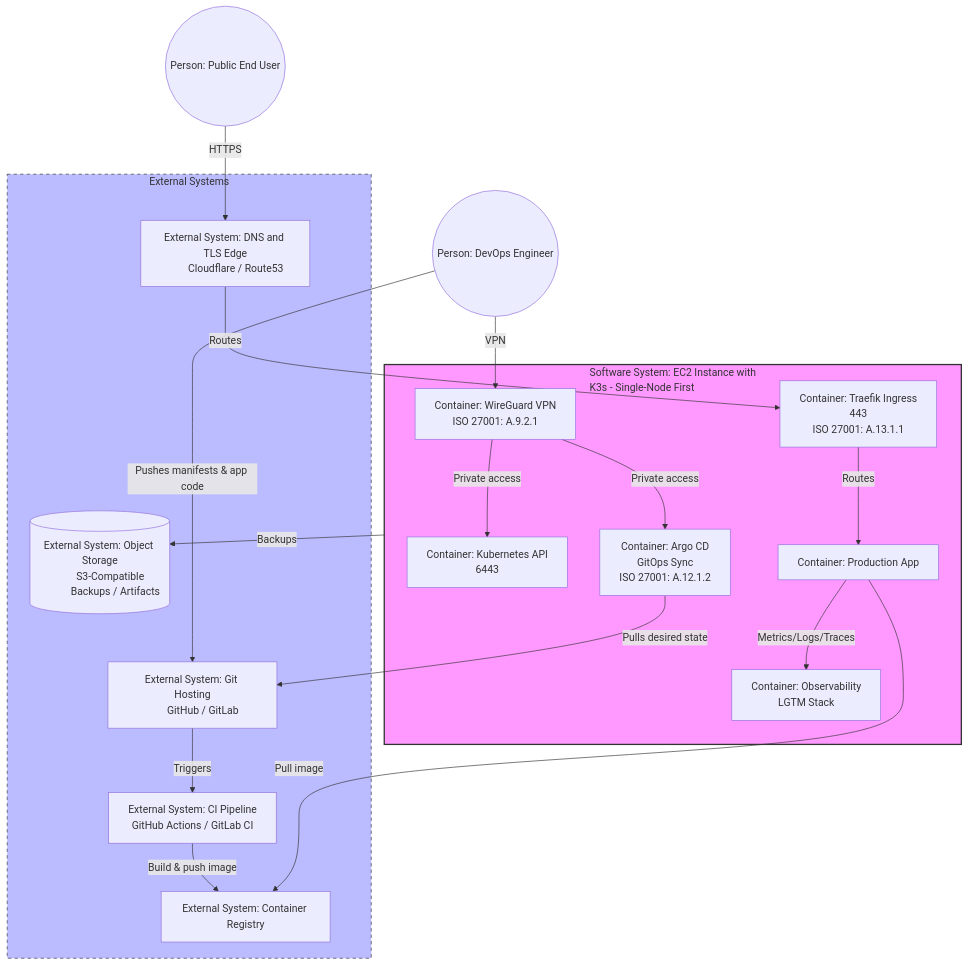
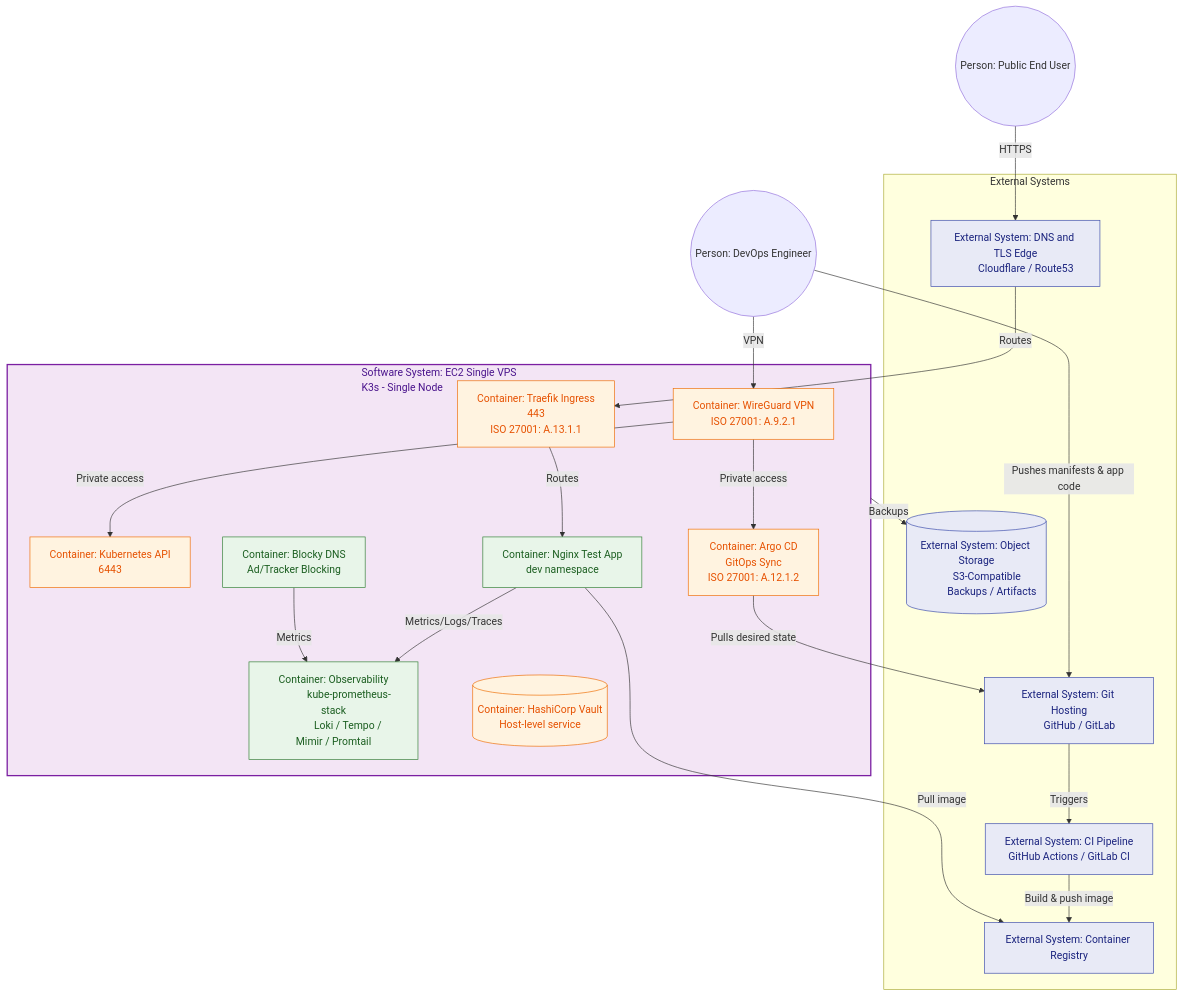
The diagram in docs/c4_system.mmd (FerdinandWohlstein/infrastructure-live), drawn with Mermaid before and after one commit. The commit also changed 3 other files, not shown here.

Commit message:
Update docs mermaid diagrams to reflect current platform

```diff
--- a/docs/c4_system.mmd
+++ b/docs/c4_system.mmd
@@ -1,60 +1,74 @@
 graph TD
     %% C4 System Context - wording
     User((Person: DevOps Engineer))
     PublicUser((Person: Public End User))
 
     subgraph External_Systems [External Systems]
         Git[External System: Git Hosting
         GitHub / GitLab]
         CI[External System: CI Pipeline
         GitHub Actions / GitLab CI]
         Registry[External System: Container Registry]
         DNS[External System: DNS and TLS Edge
         Cloudflare / Route53]
         Obj[(External System: Object Storage
         S3-Compatible
             Backups / Artifacts)]
     end
 
-    subgraph System_Boundary [Software System: EC2 Instance with
-    K3s - Single-Node First]
+    subgraph System_Boundary [Software System: EC2 Single VPS
+    K3s - Single Node]
         WG[Container: WireGuard VPN
         ISO 27001: A.9.2.1]
         API[Container: Kubernetes API
             6443]
         Argo[Container: Argo CD
         GitOps Sync
         ISO 27001: A.12.1.2]
         Ingress[Container: Traefik Ingress
             443
             ISO 27001: A.13.1.1]
-        App[Container: Production App]
+        App[Container: Nginx Test App
+            dev namespace]
+        Blocky[Container: Blocky DNS
+            Ad/Tracker Blocking]
         Obs[Container: Observability
-            LGTM Stack]
+            kube-prometheus-stack
+            Loki / Tempo / Mimir / Promtail]
+        Vault[(Container: HashiCorp Vault
+            Host-level service)]
     end
 
     %% Dev + Delivery
     User -- "Pushes manifests & app code" --> Git
     Git -- "Triggers" --> CI
     CI -- "Build & push image" --> Registry
     Argo -- "Pulls desired state" --> Git
 
     %% Traffic
     PublicUser -- "HTTPS" --> DNS
     DNS -- "Routes" --> Ingress
     Ingress -- "Routes" --> App
 
     %% Admin / Private Control Plane
     User -- "VPN" --> WG
     WG -- "Private access" --> API
     WG -- "Private access" --> Argo
 
     %% Runtime dependencies
     App -- "Pull image" --> Registry
     App -- "Metrics/Logs/Traces" --> Obs
+    Blocky -- "Metrics" --> Obs
 
     %% Backups - budget-friendly
     System_Boundary -- "Backups" --> Obj
 
-    style System_Boundary fill:#f9f,stroke:#333,stroke-width:2px
-    style External_Systems fill:#bbf,stroke:#333,stroke-dasharray: 5 5
+    classDef external fill:#e8eaf6,stroke:#3949ab,color:#1a237e;
+    classDef boundary fill:#f3e5f5,stroke:#7b1fa2,stroke-width:2px,color:#4a148c;
+    classDef runtime fill:#e8f5e9,stroke:#2e7d32,color:#1b5e20;
+    classDef security fill:#fff3e0,stroke:#ef6c00,color:#e65100;
+
+    class Git,CI,Registry,DNS,Obj external;
+    class System_Boundary boundary;
+    class App,Blocky,Obs runtime;
+    class WG,API,Argo,Ingress,Vault security;
```
